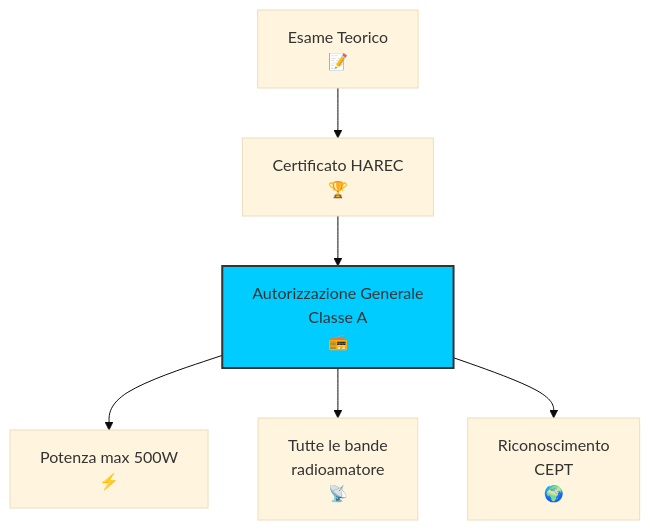
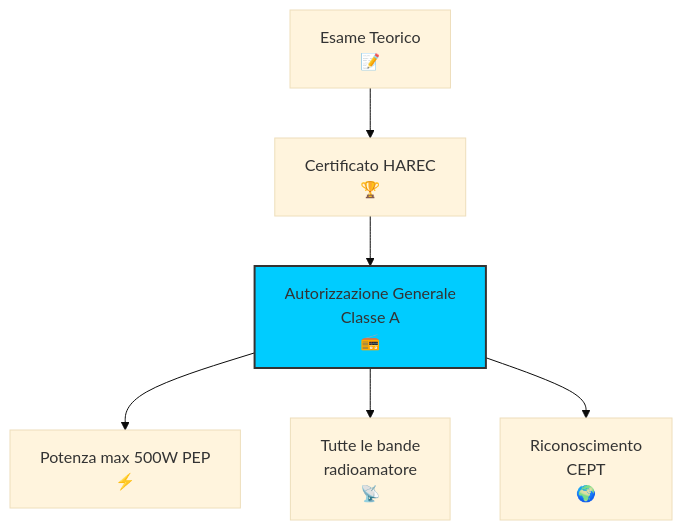
The third of 4 diagrams in website/docs/C_Regolamentazione/3_Legislazione_Nazionale.md (IU6VYG/esame-radioamatori), drawn with Mermaid (base theme) before and after one commit. The commit also changed other lines of this file and 6 other files, not shown here.

````diff
--- a/website/docs/C_Regolamentazione/3_Legislazione_Nazionale.md
+++ b/website/docs/C_Regolamentazione/3_Legislazione_Nazionale.md
@@ -111,10 +111,10 @@
 ```mermaid
 graph TD;
     Esame["Esame Teorico<br>📝"] --> HAREC["Certificato HAREC<br>🏆"];
     HAREC --> AutorizzazioneGenerale["Autorizzazione Generale<br>Classe A<br>📻"];
-    AutorizzazioneGenerale --> Potenza["Potenza max 500W<br>⚡"];
+    AutorizzazioneGenerale --> Potenza["Potenza max 500W PEP<br>⚡"];
     AutorizzazioneGenerale --> Bande["Tutte le bande<br>radioamatore<br>📡"];
     AutorizzazioneGenerale --> CEPT["Riconoscimento<br>CEPT<br>🌍"];
     classDef classe fill:#0cf,stroke:#333,stroke-width:2px;
     class AutorizzazioneGenerale classe;
 ```
````
